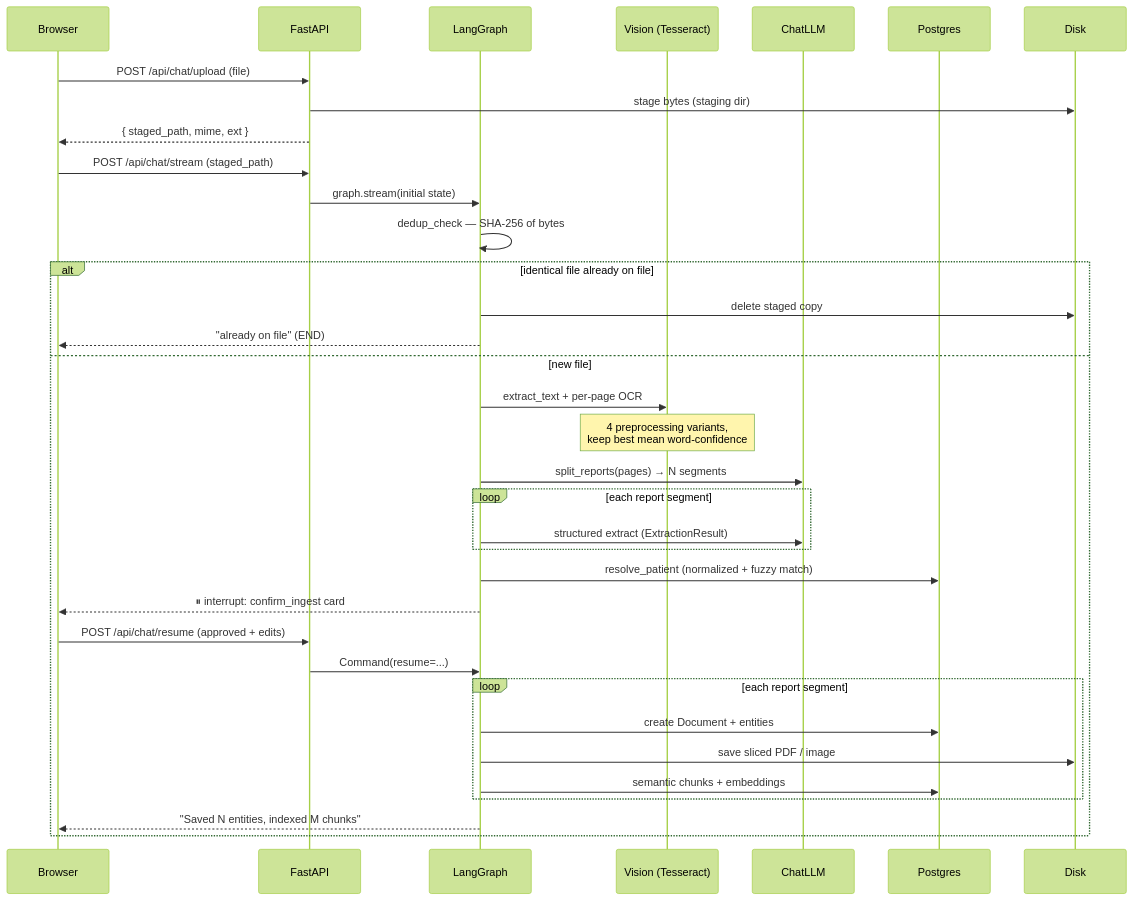
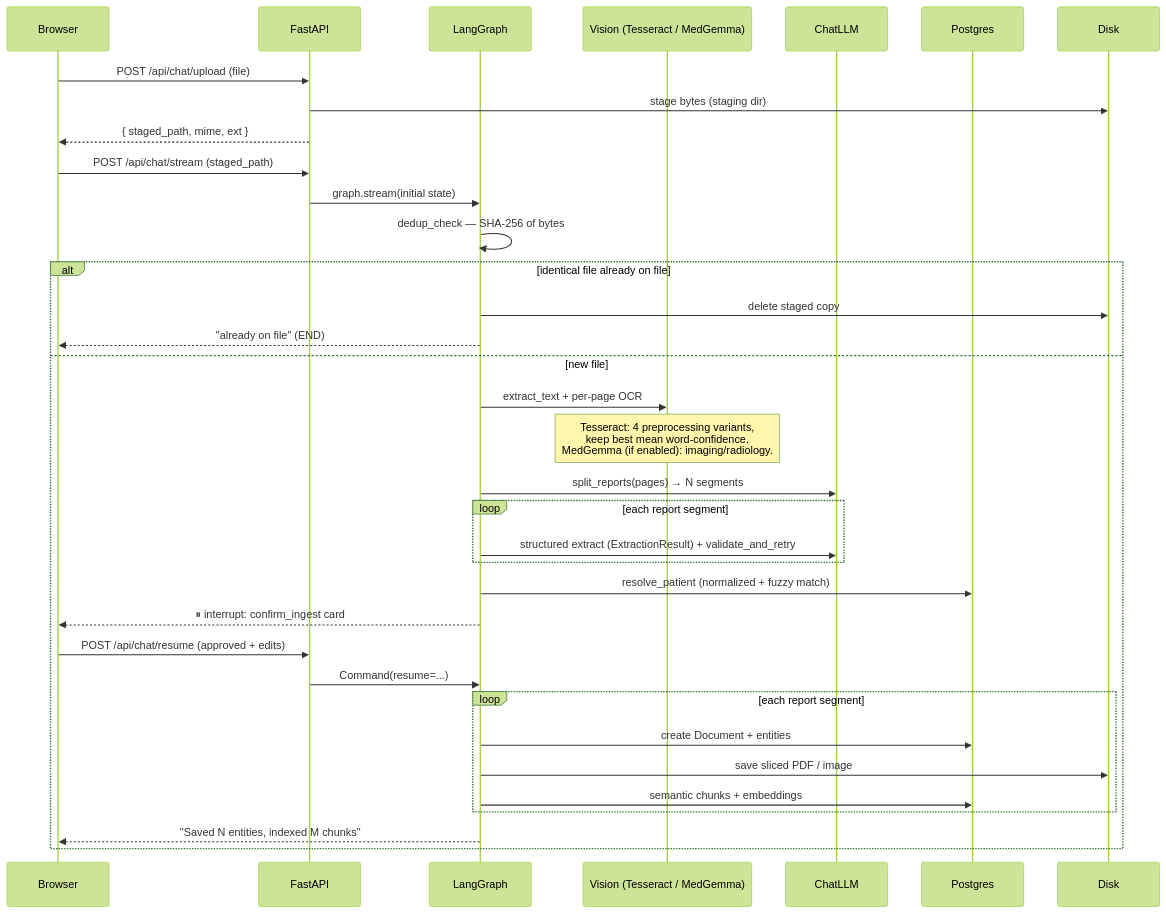
The third of 7 diagrams in README.md (shyan23/keeper), drawn with Mermaid (forest theme) before and after one commit. The commit also changed other lines of this file and 13 other files, not shown here.

Commit message:
GRAPH: BOTH UI AND DB

````diff
--- a/README.md
+++ b/README.md
@@ -256,40 +288,40 @@
 ```mermaid
 sequenceDiagram
     participant U as Browser
     participant API as FastAPI
     participant G as LangGraph
-    participant V as Vision (Tesseract)
+    participant V as Vision (Tesseract / MedGemma)
     participant L as ChatLLM
     participant DB as Postgres
     participant FS as Disk
 
     U->>API: POST /api/chat/upload (file)
     API->>FS: stage bytes (staging dir)
     API-->>U: { staged_path, mime, ext }
 
     U->>API: POST /api/chat/stream (staged_path)
     API->>G: graph.stream(initial state)
 
     G->>G: dedup_check — SHA-256 of bytes
     alt identical file already on file
         G->>FS: delete staged copy
         G-->>U: "already on file" (END)
     else new file
         G->>V: extract_text + per-page OCR
-        Note over V: 4 preprocessing variants,<br/>keep best mean word-confidence
+        Note over V: Tesseract: 4 preprocessing variants,<br/>keep best mean word-confidence.<br/>MedGemma (if enabled): imaging/radiology.
         G->>L: split_reports(pages) → N segments
         loop each report segment
-            G->>L: structured extract (ExtractionResult)
+            G->>L: structured extract (ExtractionResult) + validate_and_retry
         end
         G->>DB: resolve_patient (normalized + fuzzy match)
         G-->>U: ⏸ interrupt: confirm_ingest card
         U->>API: POST /api/chat/resume (approved + edits)
         API->>G: Command(resume=...)
         loop each report segment
             G->>DB: create Document + entities
             G->>FS: save sliced PDF / image
             G->>DB: semantic chunks + embeddings
         end
         G-->>U: "Saved N entities, indexed M chunks"
     end
 ```
````
